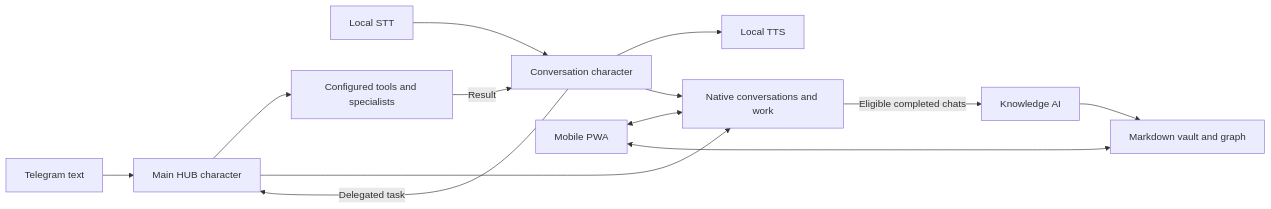
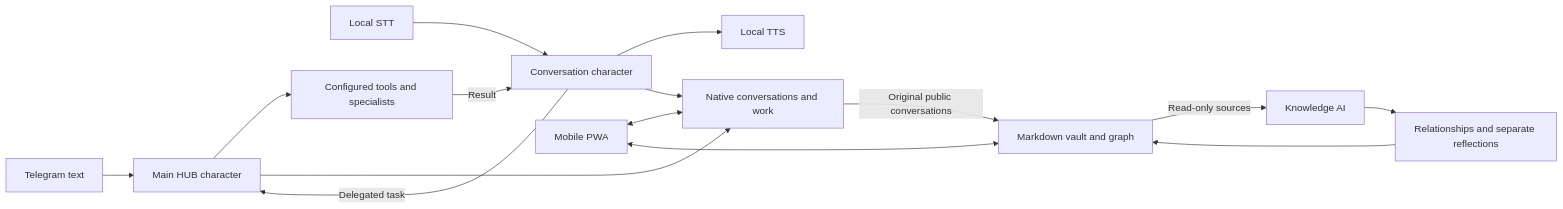
One commit to mbaykam/HUB changed the diagram in README.md. Above: the diagram before and after it, drawn with Mermaid. The commit also changed other lines of this file and 47 other files, not shown here.

Commit message:
feat: preserve original conversations and add durable automations

````diff
--- a/README.md
+++ b/README.md
@@ -86,15 +88,17 @@
 ```mermaid
 flowchart LR
     Telegram[Telegram text] --> HUB[Main HUB character]
     Speech[Local STT] --> Conversation[Conversation character]
     Conversation --> TTS[Local TTS]
     Conversation -->|Delegated task| HUB
     HUB --> Tools[Configured tools and specialists]
     Tools -->|Result| Conversation
     PWA[Mobile PWA] <--> History[Native conversations and work]
     HUB --> History
     Conversation --> History
-    History -->|Eligible completed chats| Curator[Knowledge AI]
-    Curator --> Vault[Markdown vault and graph]
+    History -->|Original public conversations| Vault[Markdown vault and graph]
+    Vault -->|Read-only sources| Curator[Knowledge AI]
+    Curator --> Relations[Relationships and separate reflections]
+    Relations --> Vault
     PWA <--> Vault
 ```
````
